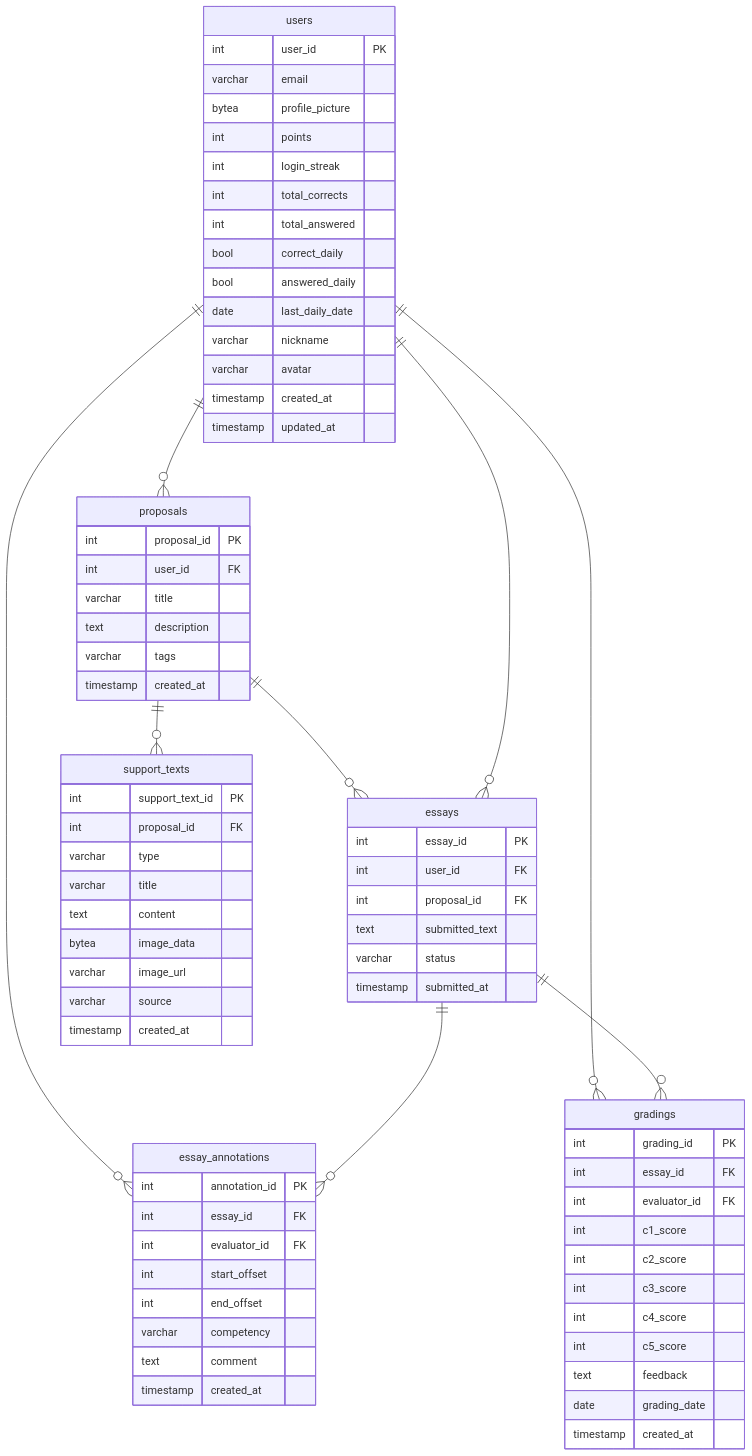
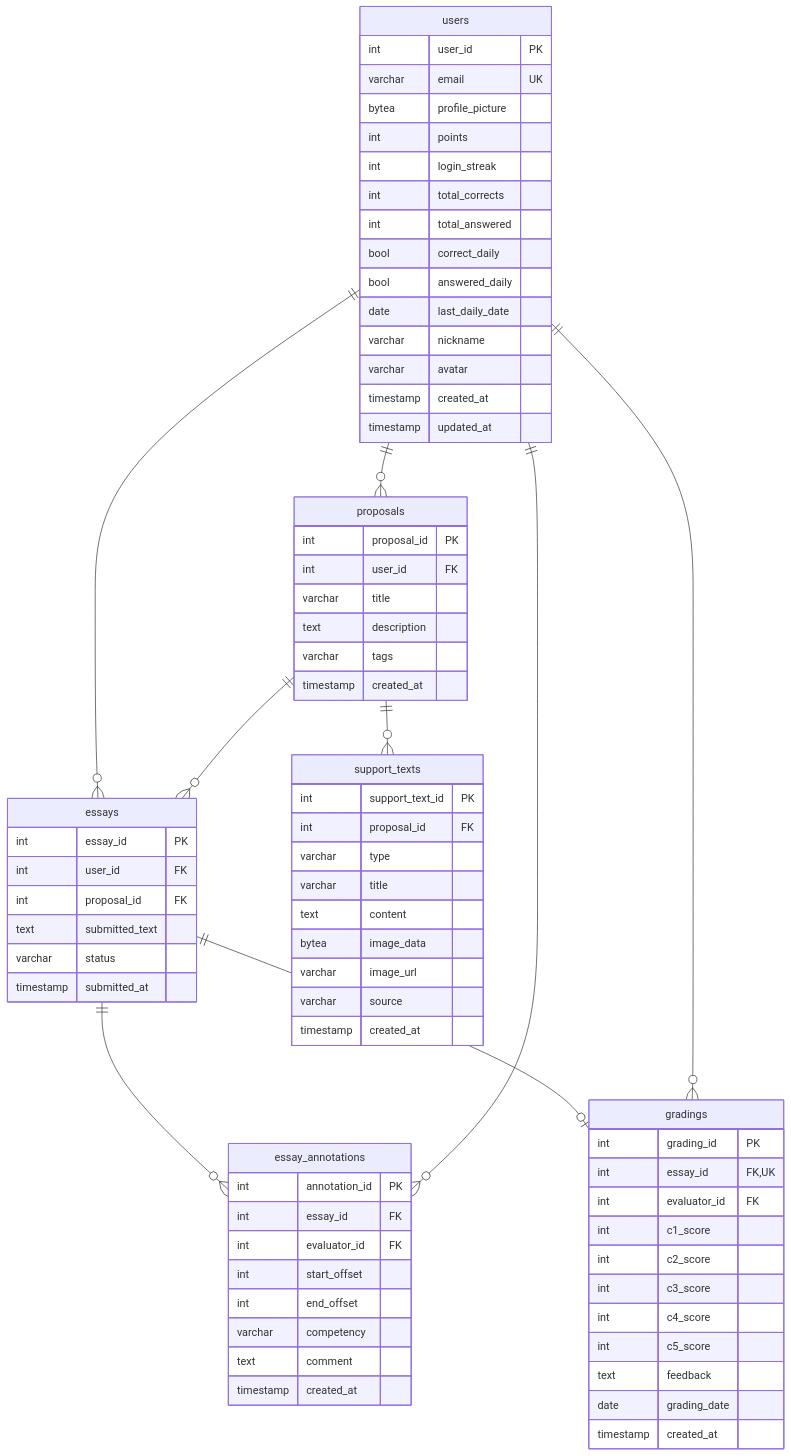
The seventh of 9 diagrams in docs/modelo-de-dados.md (IthaloCavalcante/ifvest-docs), drawn with Mermaid before and after one commit. The commit also changed other lines of this file and 17 other files, not shown here.

````diff
--- a/docs/modelo-de-dados.md
+++ b/docs/modelo-de-dados.md
@@ -310,77 +315,77 @@
 ```mermaid
 erDiagram
     essay_annotations {
         int annotation_id PK
         int essay_id FK
         int evaluator_id FK
         int start_offset
         int end_offset
         varchar competency
         text comment
         timestamp created_at
     }
     essays {
         int essay_id PK
         int user_id FK
         int proposal_id FK
         text submitted_text
         varchar status
         timestamp submitted_at
     }
     gradings {
         int grading_id PK
-        int essay_id FK
+        int essay_id FK, UK
         int evaluator_id FK
         int c1_score
         int c2_score
         int c3_score
         int c4_score
         int c5_score
         text feedback
         date grading_date
         timestamp created_at
     }
     proposals {
         int proposal_id PK
         int user_id FK
         varchar title
         text description
         varchar tags
         timestamp created_at
     }
     support_texts {
         int support_text_id PK
         int proposal_id FK
         varchar type
         varchar title
         text content
         bytea image_data
         varchar image_url
         varchar source
         timestamp created_at
     }
     users {
         int user_id PK
-        varchar email
+        varchar email UK
         bytea profile_picture
         int points
         int login_streak
         int total_corrects
         int total_answered
         bool correct_daily
         bool answered_daily
         date last_daily_date
         varchar nickname
         varchar avatar
         timestamp created_at
         timestamp updated_at
     }
+    essays ||--o{ essay_annotations : ""
     users ||--o{ essay_annotations : ""
-    essays ||--o{ essay_annotations : ""
+    users ||--o{ essays : ""
     proposals ||--o{ essays : ""
-    users ||--o{ essays : ""
+    essays ||--o| gradings : ""
     users ||--o{ gradings : ""
-    essays ||--o{ gradings : ""
     users ||--o{ proposals : ""
     proposals ||--o{ support_texts : ""
 ```
````
